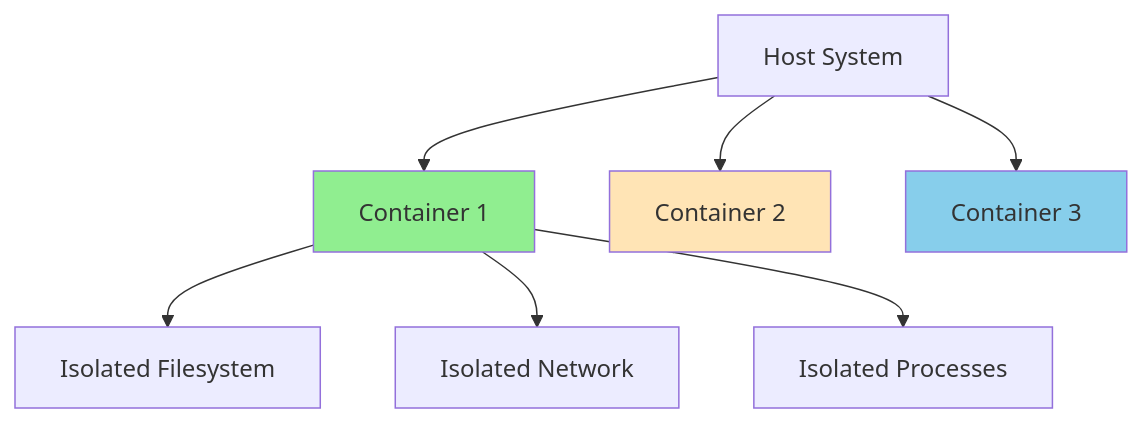
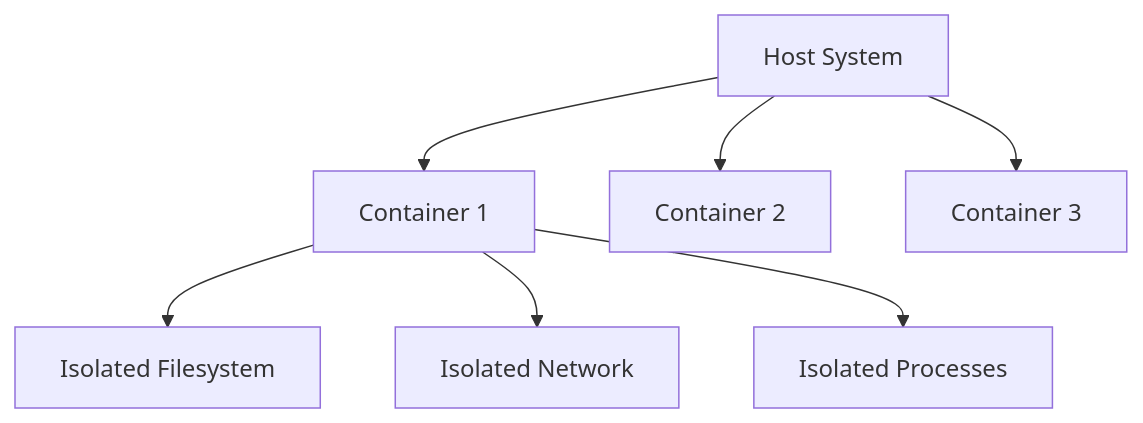
One commit to 4gh0rn/dev-blog changed the third of 4 diagrams in docs/projects/baby-tools-shop.md. Above: the diagram before and after it, drawn with Mermaid. The commit also changed other lines of this file and 17 other files, not shown here.

````diff
--- a/docs/projects/baby-tools-shop.md
+++ b/docs/projects/baby-tools-shop.md
@@ -112,14 +107,10 @@
 ```mermaid
 graph TB
     A[Host System] --> B[Container 1]
     A --> C[Container 2]
     A --> D[Container 3]
     
     B --> B1[Isolated Filesystem]
     B --> B2[Isolated Network]
     B --> B3[Isolated Processes]
-    
-    style B fill:#90EE90
-    style C fill:#FFE4B5
-    style D fill:#87CEEB
 ```
````
